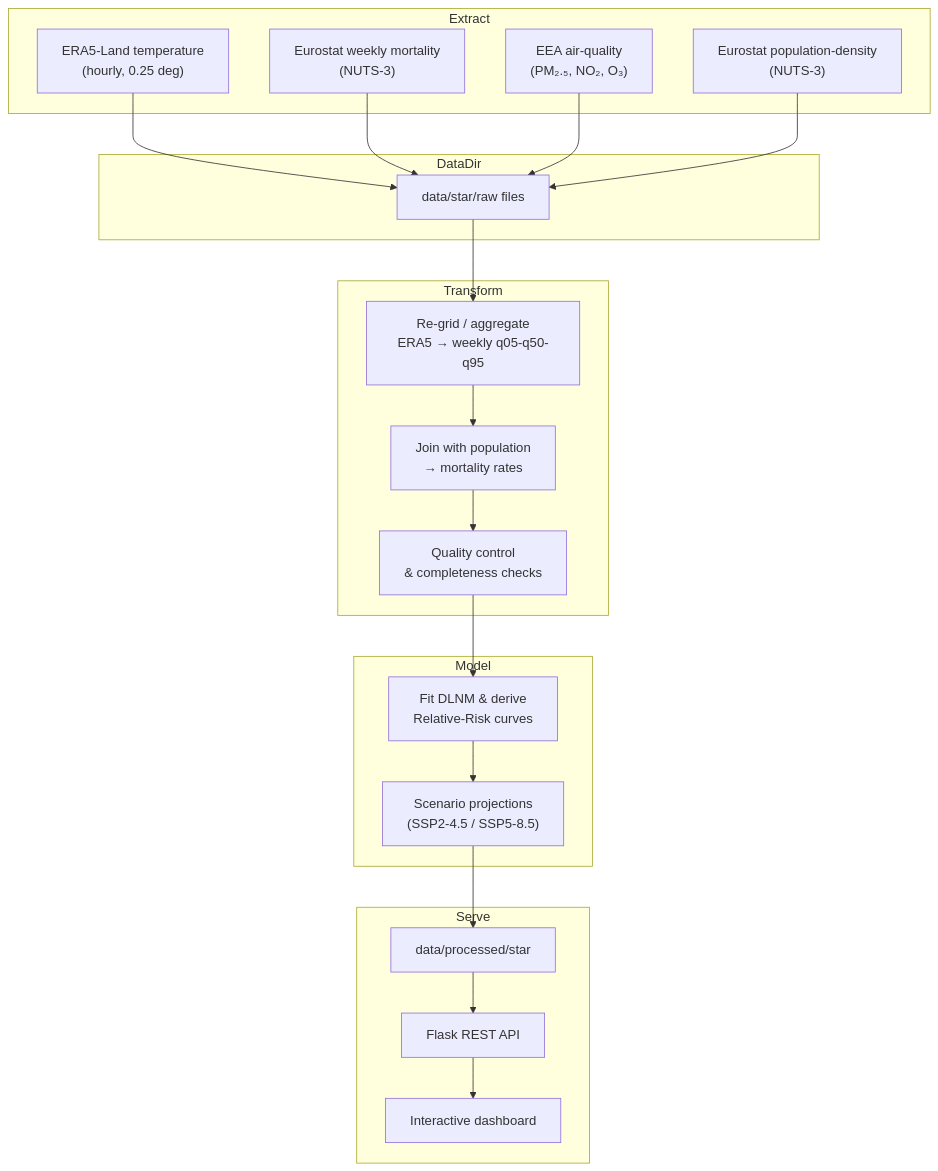
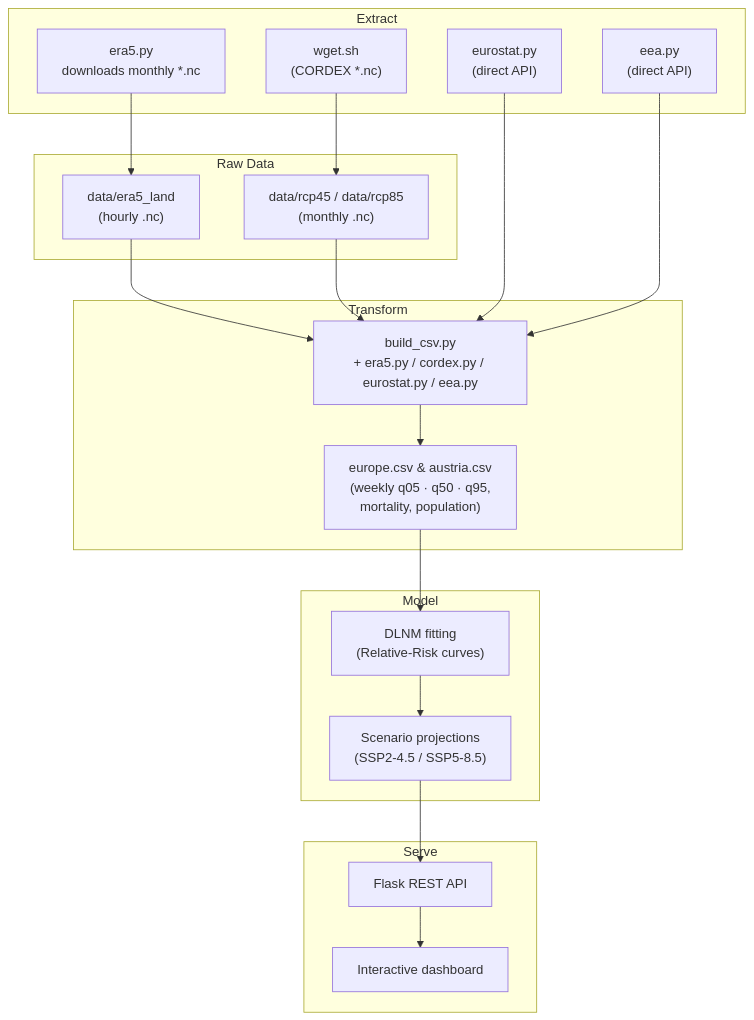
One commit to daniprec/Climate-Change-Effect-on-Europe changed the diagram in docs/pipeline_overview.md. Above: the diagram before and after it, drawn with Mermaid. The commit also changed other lines of this file, not shown here.

Commit message:
Revise pipeline overview documentation to enhance clarity by updating dataset descriptions, refining flowchart labels, and improving the structure of the transformation and serving sections.

````diff
--- a/docs/pipeline_overview.md
+++ b/docs/pipeline_overview.md
@@ -11,41 +11,47 @@
 ```mermaid
 flowchart TD
-    %% 1 ▸ Extraction %%
+
+    %% 1 ▸ Extraction scripts / API calls %%
     subgraph Extract
-        ERA5_TEMP["ERA5-Land temperature<br>(hourly, 0.25 deg)"]
-        EUROSTAT_MORT["Eurostat weekly mortality<br>(NUTS-3)"]
-        EEA_AQ["EEA air-quality<br>(PM₂.₅, NO₂, O₃)"]
-        POP_DENS["Eurostat population-density<br>(NUTS-3)"]
+        ERA5_DL["era5.py<br>downloads monthly *.nc"]
+        CORDEX_DL["wget.sh<br>(CORDEX *.nc)"]
+        EUROSTAT_API["eurostat.py<br>(direct API)"]
+        EEA_API["eea.py<br>(direct API)"]
     end
 
-    %% 2 ▸ Raw storage %%
-    subgraph DataDir
-        RAWDIR["data/star/raw files"]
+    %% 2 ▸ Raw storage on disk %%
+    subgraph Raw Data
+        ERA5_DIR["data/era5_land<br>(hourly .nc)"]
+        CORDEX_DIR["data/rcp45  /  data/rcp85<br>(monthly .nc)"]
     end
 
-    %% 3 ▸ Transform %%
+    %% 3 ▸ Transformation %%
     subgraph Transform
-        REGRID["Re-grid / aggregate<br>ERA5 → weekly q05-q50-q95"]
-        JOIN["Join with population<br>→ mortality rates"]
-        QC["Quality control<br>& completeness checks"]
+        BUILD_CSV["build_csv.py<br>+ era5.py / cordex.py / eurostat.py / eea.py"]
+        CSV_TABLES["europe.csv & austria.csv<br>(weekly q05 · q50 · q95,<br>mortality, population)"]
     end
 
     %% 4 ▸ Modelling %%
     subgraph Model
-        DLNM["Fit DLNM & derive<br>Relative-Risk curves"]
+        DLNM["DLNM fitting<br>(Relative-Risk curves)"]
         FORECAST["Scenario projections<br>(SSP2-4.5 / SSP5-8.5)"]
     end
 
     %% 5 ▸ Serving %%
     subgraph Serve
-        CACHE["data/processed/star"]
         API["Flask REST API"]
-        MAP["Interactive dashboard"]
+        DASH["Interactive dashboard"]
     end
 
-    ERA5_TEMP --> RAWDIR
-    EUROSTAT_MORT --> RAWDIR
-    EEA_AQ --> RAWDIR
-    POP_DENS --> RAWDIR
-    RAWDIR --> REGRID --> JOIN --> QC --> DLNM --> FORECAST --> CACHE --> API --> MAP
+    %% ——— Edges ——— %%
+    ERA5_DL  --> ERA5_DIR
+    CORDEX_DL --> CORDEX_DIR
+
+    ERA5_DIR  --> BUILD_CSV
+    CORDEX_DIR --> BUILD_CSV
+    EUROSTAT_API --> BUILD_CSV
+    EEA_API      --> BUILD_CSV
+
+    BUILD_CSV --> CSV_TABLES
+    CSV_TABLES --> DLNM --> FORECAST --> API --> DASH
 ```
````
